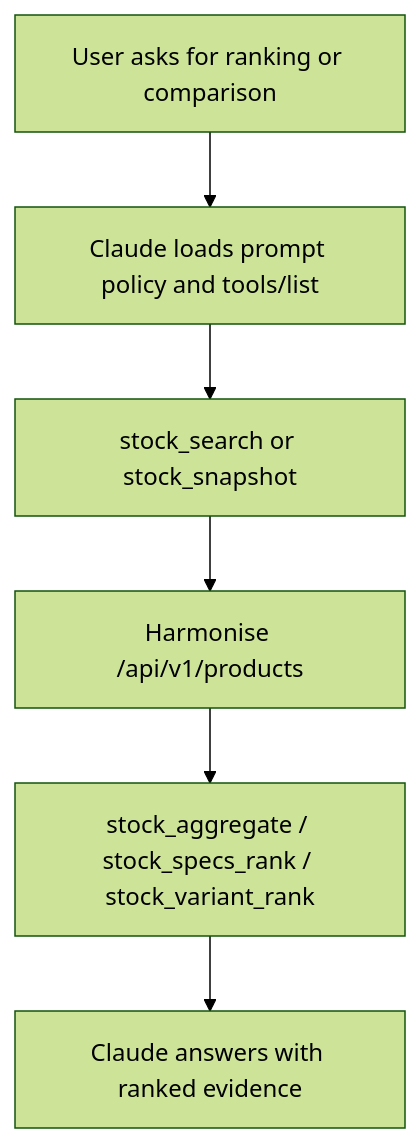
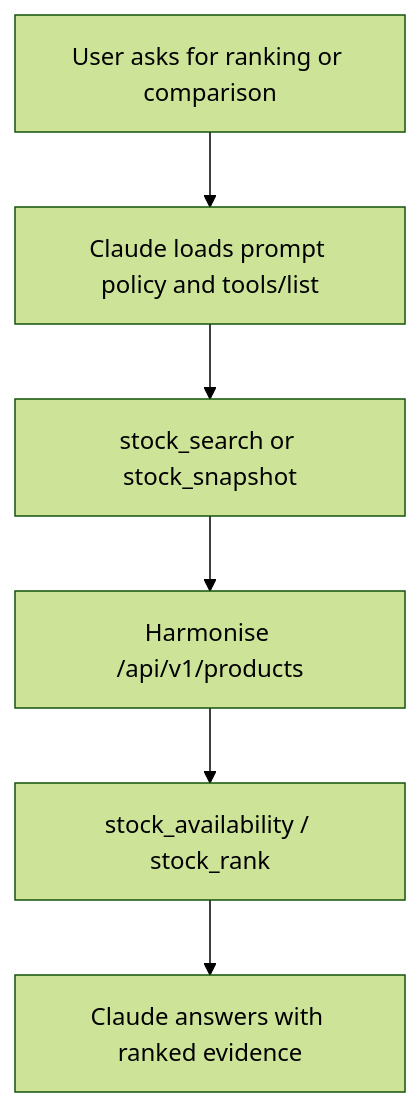
The third of 4 diagrams in docs/phase2/tools.md (Lelekhoa1812/Acnt-MCP), drawn with Mermaid (forest theme) before and after one commit. The commit also changed other lines of this file and 18 other files, not shown here.

First line of the commit message:
stock_specs_rank → stock_rank; disable stock_variant_rank (comment-out)

````diff
--- a/docs/phase2/tools.md
+++ b/docs/phase2/tools.md
@@ -1500,8 +1372,8 @@
 ```mermaid
 flowchart TD
     U[User asks for ranking or comparison] --> C[Claude loads prompt policy and tools/list]
     C --> S[stock_search or stock_snapshot]
     S --> H[Harmonise /api/v1/products]
-    H --> A[stock_aggregate / stock_specs_rank / stock_variant_rank]
+    H --> A[stock_availability / stock_rank]
     A --> R[Claude answers with ranked evidence]
 ```
````
